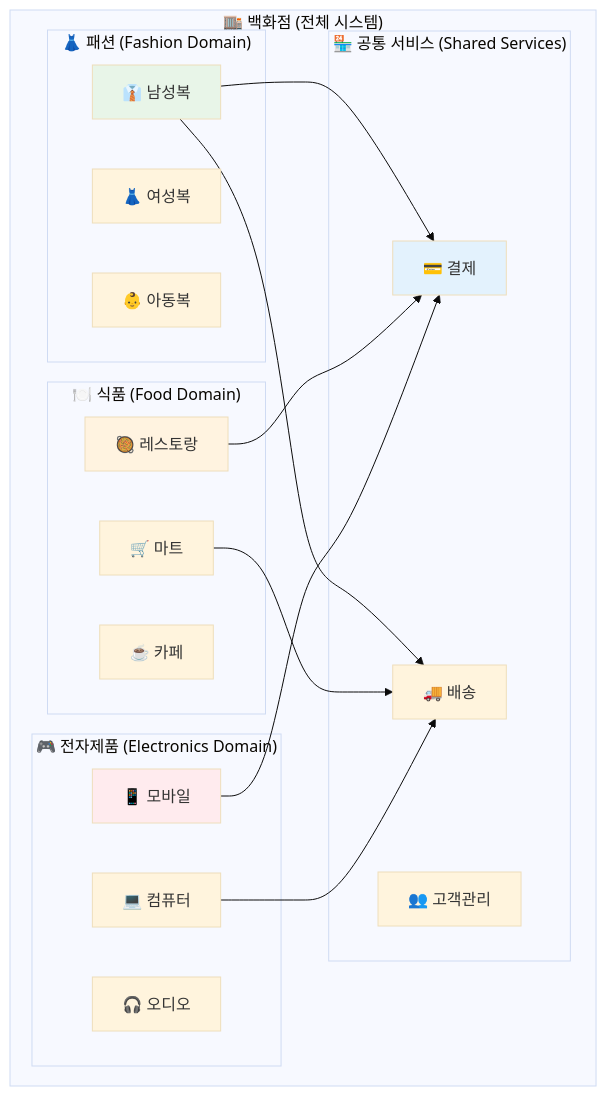
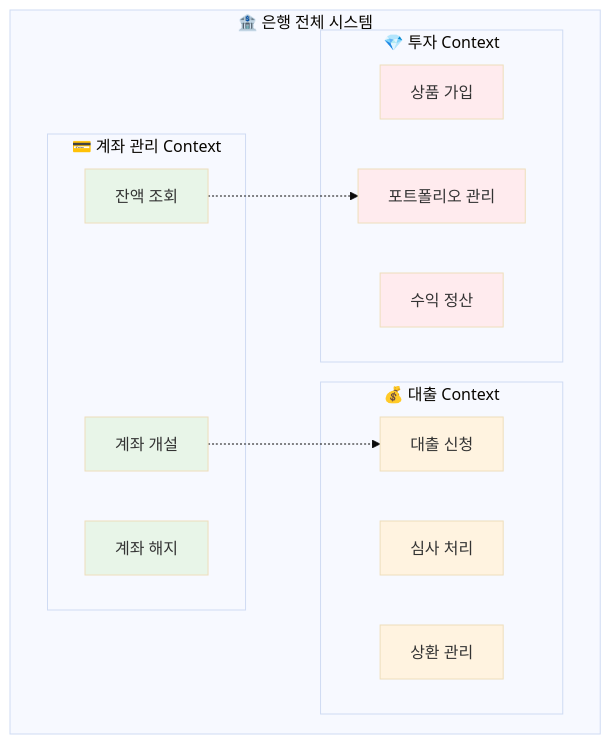
The first of 5 diagrams in theory/week_04/day1/session_2.md (niceguy61/kdt_devops_lecture_2025), drawn with Mermaid (base theme) before and after one commit. The commit also changed other lines of this file and 5 other files, not shown here.

````diff
--- a/theory/week_04/day1/session_2.md
+++ b/theory/week_04/day1/session_2.md
@@ -87,41 +42,35 @@
 ```mermaid
 graph TB
-    subgraph "🏬 백화점 (전체 시스템)"
-        subgraph "👗 패션 (Fashion Domain)"
-            A1[👔 남성복]
-            A2[👗 여성복]
-            A3[👶 아동복]
+    subgraph "🏦 은행 전체 시스템"
+        subgraph "💳 계좌 관리 Context"
+            A1[계좌 개설]
+            A2[잔액 조회]
+            A3[계좌 해지]
         end
         
-        subgraph "🍽️ 식품 (Food Domain)"
-            B1[🥘 레스토랑]
-            B2[🛒 마트]
-            B3[☕ 카페]
+        subgraph "💰 대출 Context"
+            B1[대출 신청]
+            B2[심사 처리]
+            B3[상환 관리]
         end
         
-        subgraph "🎮 전자제품 (Electronics Domain)"
-            C1[📱 모바일]
-            C2[💻 컴퓨터]
-            C3[🎧 오디오]
-        end
-        
-        subgraph "🏪 공통 서비스 (Shared Services)"
-            D1[💳 결제]
-            D2[🚚 배송]
-            D3[👥 고객관리]
+        subgraph "💎 투자 Context"
+            C1[상품 가입]
+            C2[포트폴리오 관리]
+            C3[수익 정산]
         end
     end
     
-    A1 --> D1
-    B1 --> D1
-    C1 --> D1
-    
-    A1 --> D2
-    B2 --> D2
-    C2 --> D2
+    A1 -.-> B1
+    A2 -.-> C2
     
     style A1 fill:#e8f5e8
+    style A2 fill:#e8f5e8
+    style A3 fill:#e8f5e8
     style B1 fill:#fff3e0
+    style B2 fill:#fff3e0
+    style B3 fill:#fff3e0
     style C1 fill:#ffebee
-    style D1 fill:#e3f2fd
+    style C2 fill:#ffebee
+    style C3 fill:#ffebee
 ```
````
